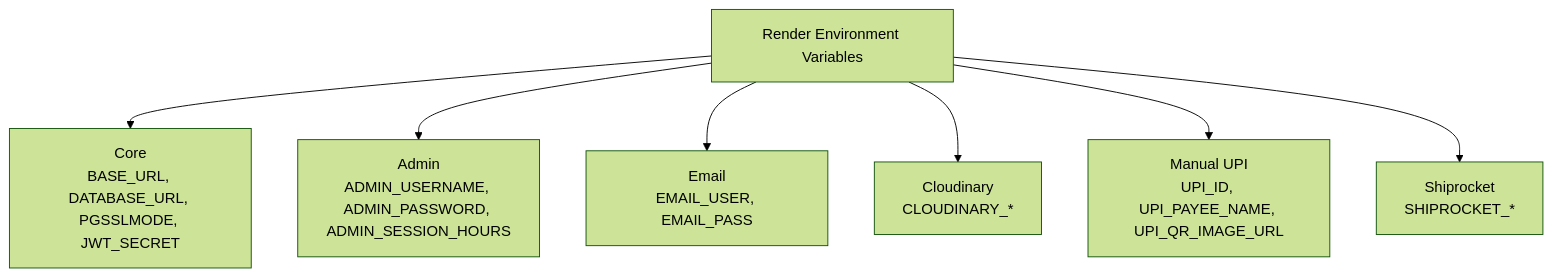
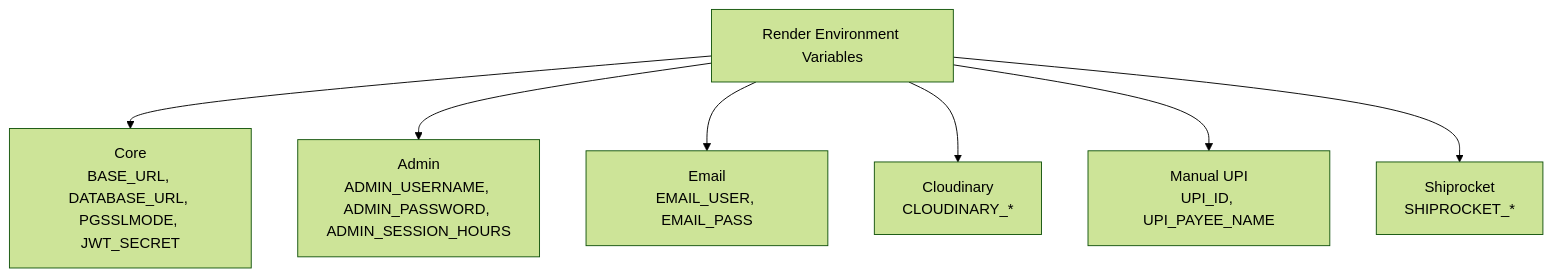
One commit to nikacreations0927/NikaArtStudio changed diagram 13 of 18 in ADMIN_USER_GUIDE.md. Above: the diagram before and after it, drawn with Mermaid (forest theme). The commit also changed other lines of this file and 7 other files, not shown here.

````diff
--- a/ADMIN_USER_GUIDE.md
+++ b/ADMIN_USER_GUIDE.md
@@ -334,9 +334,9 @@
 ```mermaid
 flowchart TD
   Env["Render Environment Variables"] --> Core["Core<br/>BASE_URL, DATABASE_URL, PGSSLMODE, JWT_SECRET"]
   Env --> Admin["Admin<br/>ADMIN_USERNAME, ADMIN_PASSWORD, ADMIN_SESSION_HOURS"]
   Env --> Email["Email<br/>EMAIL_USER, EMAIL_PASS"]
   Env --> Cloudinary["Cloudinary<br/>CLOUDINARY_*"]
-  Env --> Payment["Manual UPI<br/>UPI_ID, UPI_PAYEE_NAME, UPI_QR_IMAGE_URL"]
+  Env --> Payment["Manual UPI<br/>UPI_ID, UPI_PAYEE_NAME"]
   Env --> Shipping["Shiprocket<br/>SHIPROCKET_*"]
 ```
````
